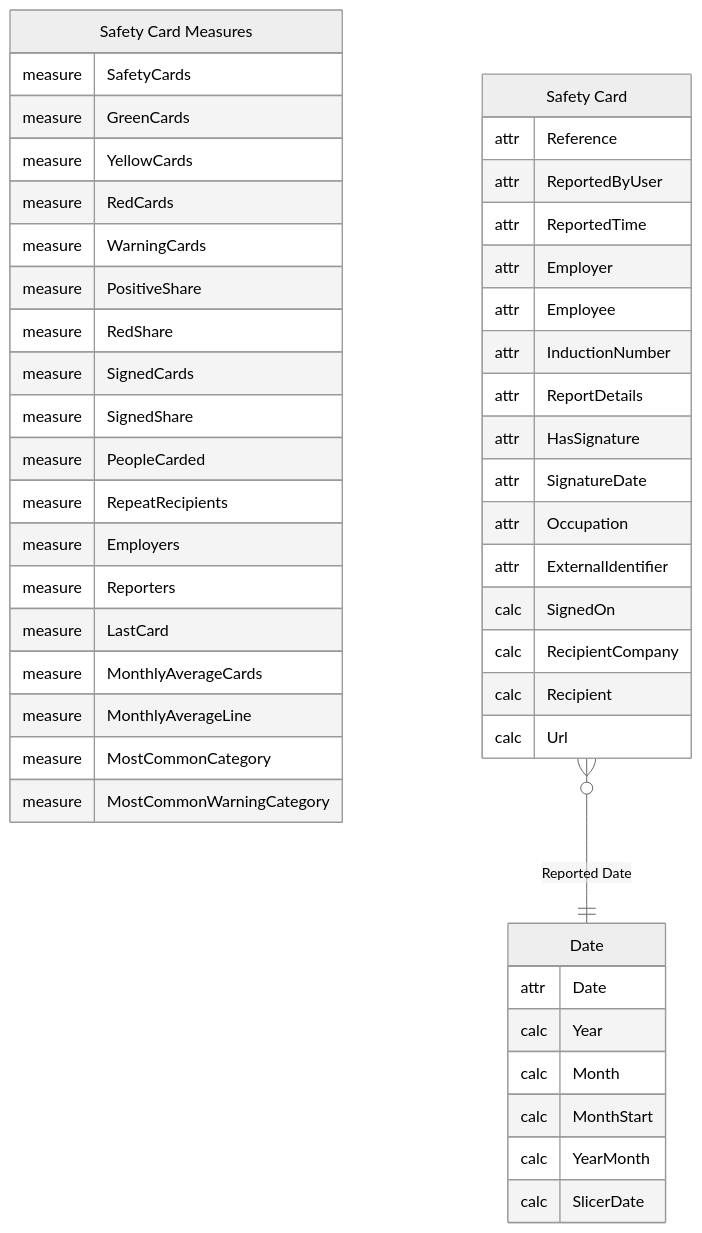
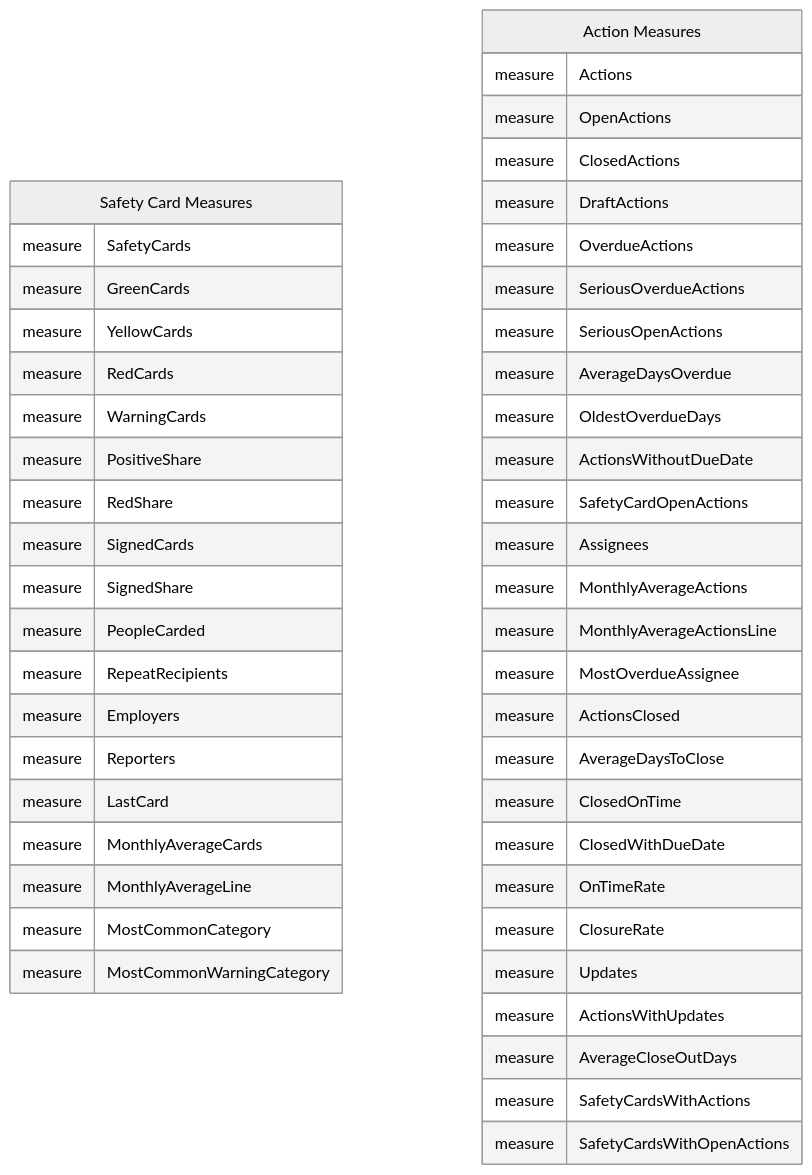
Before and after one commit to work-wallet/BIClient: the second of 3 diagrams in PowerBISamplesModels/SafetyCards.md, drawn with Mermaid. The commit also changed 17 other files, not shown here.

````diff
--- a/PowerBISamplesModels/SafetyCards.md
+++ b/PowerBISamplesModels/SafetyCards.md
@@ -71,53 +80,55 @@
 ```mermaid
 ---
 config:
   theme: neutral
 ---
 erDiagram
-    "Date" {
-        attr Date
-        calc Year
-        calc Month
-        calc MonthStart
-        calc YearMonth
-        calc SlicerDate
-    }
     "Safety Card Measures" {
         measure SafetyCards
         measure GreenCards
         measure YellowCards
         measure RedCards
         measure WarningCards
         measure PositiveShare
         measure RedShare
         measure SignedCards
         measure SignedShare
         measure PeopleCarded
         measure RepeatRecipients
         measure Employers
         measure Reporters
         measure LastCard
         measure MonthlyAverageCards
         measure MonthlyAverageLine
         measure MostCommonCategory
         measure MostCommonWarningCategory
     }
-    "Safety Card" {
-        attr Reference
-        attr ReportedByUser
-        attr ReportedTime
-        attr Employer
-        attr Employee
-        attr InductionNumber
-        attr ReportDetails
-        attr HasSignature
-        attr SignatureDate
-        attr Occupation
-        attr ExternalIdentifier
-        calc SignedOn
-        calc RecipientCompany
-        calc Recipient
-        calc Url
+    "Action Measures" {
+        measure Actions
+        measure OpenActions
+        measure ClosedActions
+        measure DraftActions
+        measure OverdueActions
+        measure SeriousOverdueActions
+        measure SeriousOpenActions
+        measure AverageDaysOverdue
+        measure OldestOverdueDays
+        measure ActionsWithoutDueDate
+        measure SafetyCardOpenActions
+        measure Assignees
+        measure MonthlyAverageActions
+        measure MonthlyAverageActionsLine
+        measure MostOverdueAssignee
+        measure ActionsClosed
+        measure AverageDaysToClose
+        measure ClosedOnTime
+        measure ClosedWithDueDate
+        measure OnTimeRate
+        measure ClosureRate
+        measure Updates
+        measure ActionsWithUpdates
+        measure AverageCloseOutDays
+        measure SafetyCardsWithActions
+        measure SafetyCardsWithOpenActions
     }
-    "Safety Card" }o--|| "Date" : "Reported Date"
 ```
````
